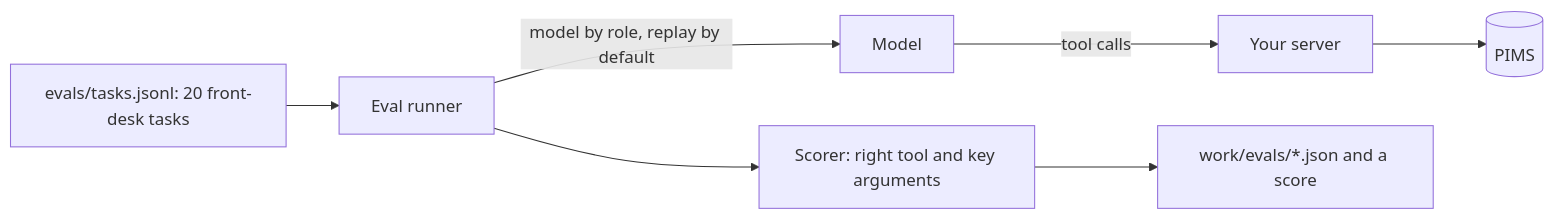
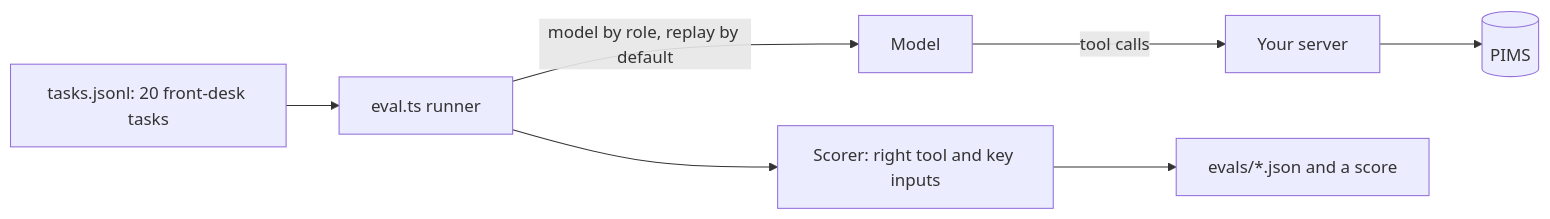
The diagram in parts/02-pick-the-right-tool/README.md (learnwithparam/mcp-workshop), drawn with Mermaid before and after one commit. The commit also changed other lines of this file and 61 other files, not shown here.

````diff
--- a/parts/02-pick-the-right-tool/README.md
+++ b/parts/02-pick-the-right-tool/README.md
@@ -37,8 +39,8 @@
 ```mermaid
 flowchart LR
-  T[evals/tasks.jsonl: 20 front-desk tasks] --> R[Eval runner]
+  T[tasks.jsonl: 20 front-desk tasks] --> R[eval.ts runner]
   R -- "model by role, replay by default" --> M[Model]
   M -- tool calls --> S[Your server]
   S --> P[(PIMS)]
-  R --> J[Scorer: right tool and key arguments] --> O[work/evals/*.json and a score]
+  R --> J[Scorer: right tool and key inputs] --> O[evals/*.json and a score]
 ```
````
